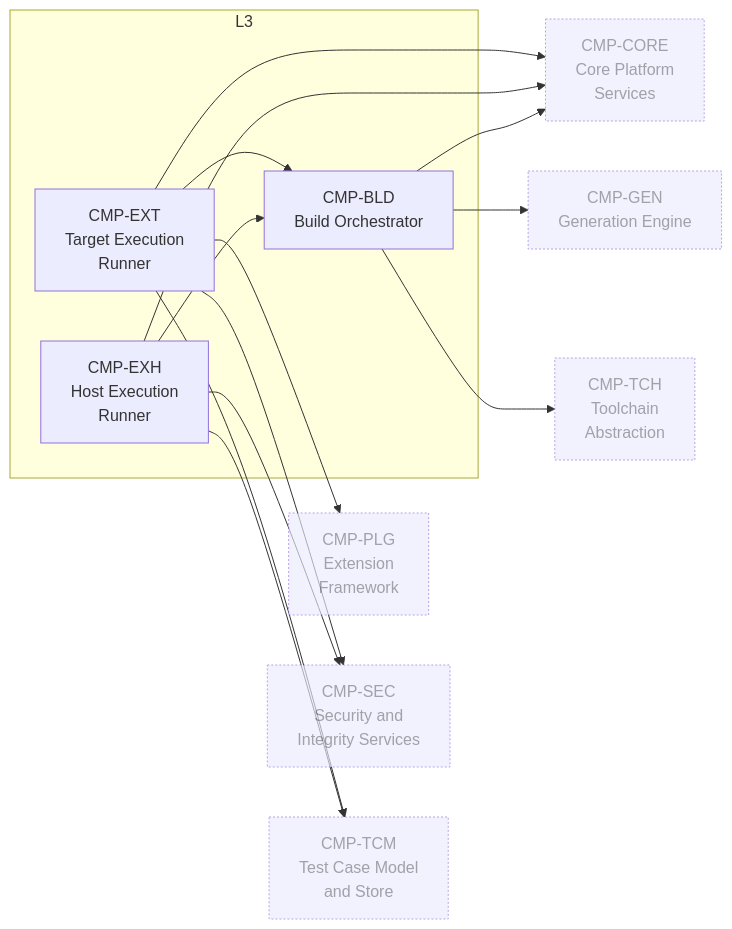
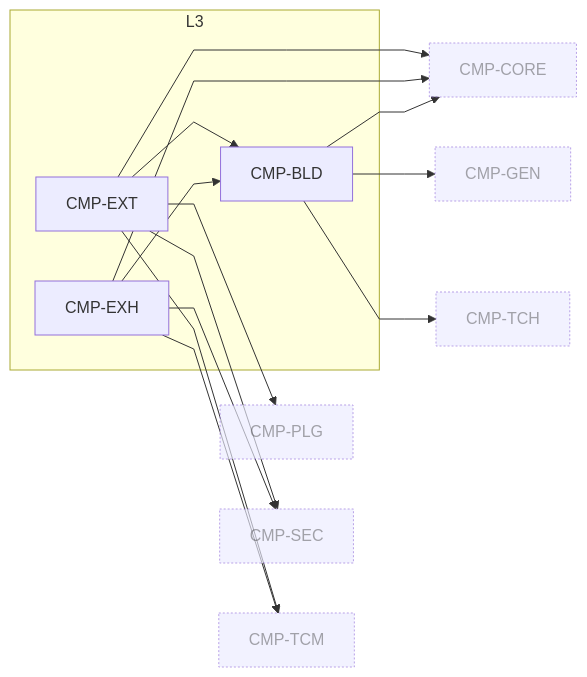
Before and after one commit to suduli/embedded-c-unit-test-tool: the sixth of 9 diagrams in design/architecture-diagrams.md, drawn with Mermaid. The commit also changed other lines of this file and 11 other files, not shown here.

First line of the commit message:
Fix non-uniform boxes and curved edges in the Mermaid diagrams; drop D2

````diff
--- a/design/architecture-diagrams.md
+++ b/design/architecture-diagrams.md
@@ -238,28 +272,29 @@
 ```mermaid
+%%{init: {'flowchart': {'curve': 'linear'}}}%%
 flowchart LR
   subgraph L3["L3"]
-    CMP_BLD["CMP-BLD<br/>Build Orchestrator"]
-    CMP_EXH["CMP-EXH<br/>Host Execution<br/>Runner"]
-    CMP_EXT["CMP-EXT<br/>Target Execution<br/>Runner"]
+    CMP_BLD["CMP-BLD"]
+    CMP_EXH["CMP-EXH"]
+    CMP_EXT["CMP-EXT"]
   end
-  CMP_CORE["CMP-CORE<br/>Core Platform<br/>Services"]
-  CMP_GEN["CMP-GEN<br/>Generation Engine"]
-  CMP_PLG["CMP-PLG<br/>Extension<br/>Framework"]
-  CMP_SEC["CMP-SEC<br/>Security and<br/>Integrity Services"]
-  CMP_TCH["CMP-TCH<br/>Toolchain<br/>Abstraction"]
-  CMP_TCM["CMP-TCM<br/>Test Case Model<br/>and Store"]
+  CMP_CORE["CMP-CORE"]
+  CMP_GEN["CMP-GEN"]
+  CMP_PLG["CMP-PLG"]
+  CMP_SEC["CMP-SEC"]
+  CMP_TCH["CMP-TCH"]
+  CMP_TCM["CMP-TCM"]
   CMP_BLD --> CMP_CORE
   CMP_BLD --> CMP_GEN
   CMP_BLD --> CMP_TCH
   CMP_EXH --> CMP_BLD
   CMP_EXH --> CMP_CORE
   CMP_EXH --> CMP_SEC
   CMP_EXH --> CMP_TCM
   CMP_EXT --> CMP_BLD
   CMP_EXT --> CMP_CORE
   CMP_EXT --> CMP_PLG
   CMP_EXT --> CMP_SEC
   CMP_EXT --> CMP_TCM
   classDef ext stroke-dasharray:2 2,opacity:0.65
   class CMP_CORE,CMP_GEN,CMP_PLG,CMP_SEC,CMP_TCH,CMP_TCM ext
 ```
````
